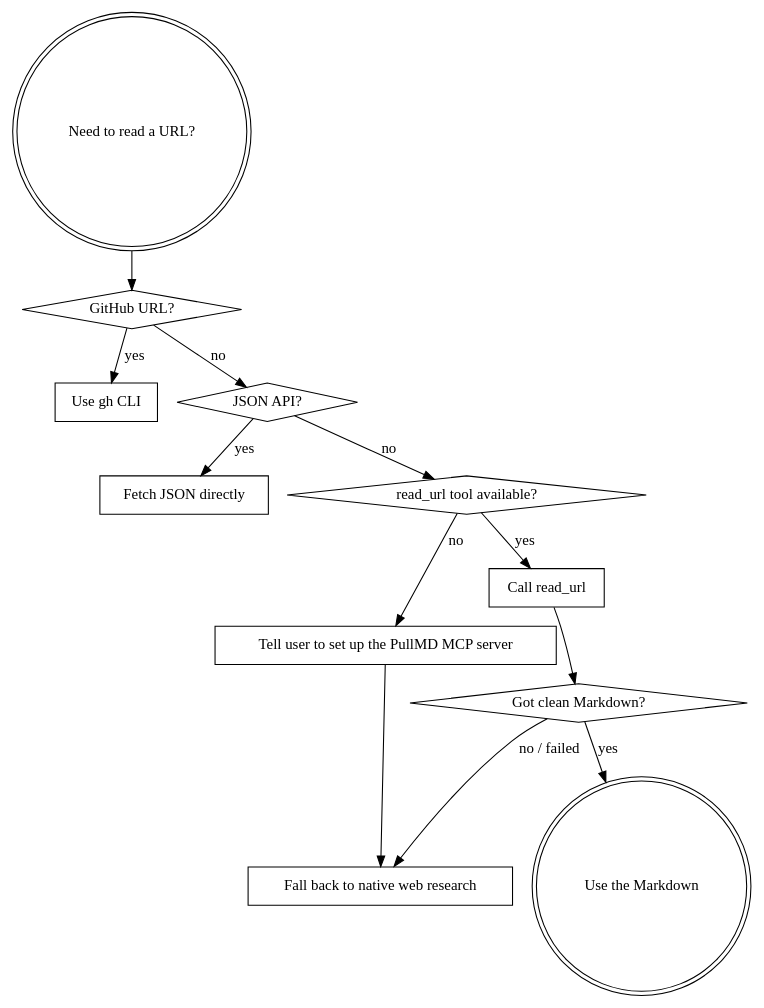
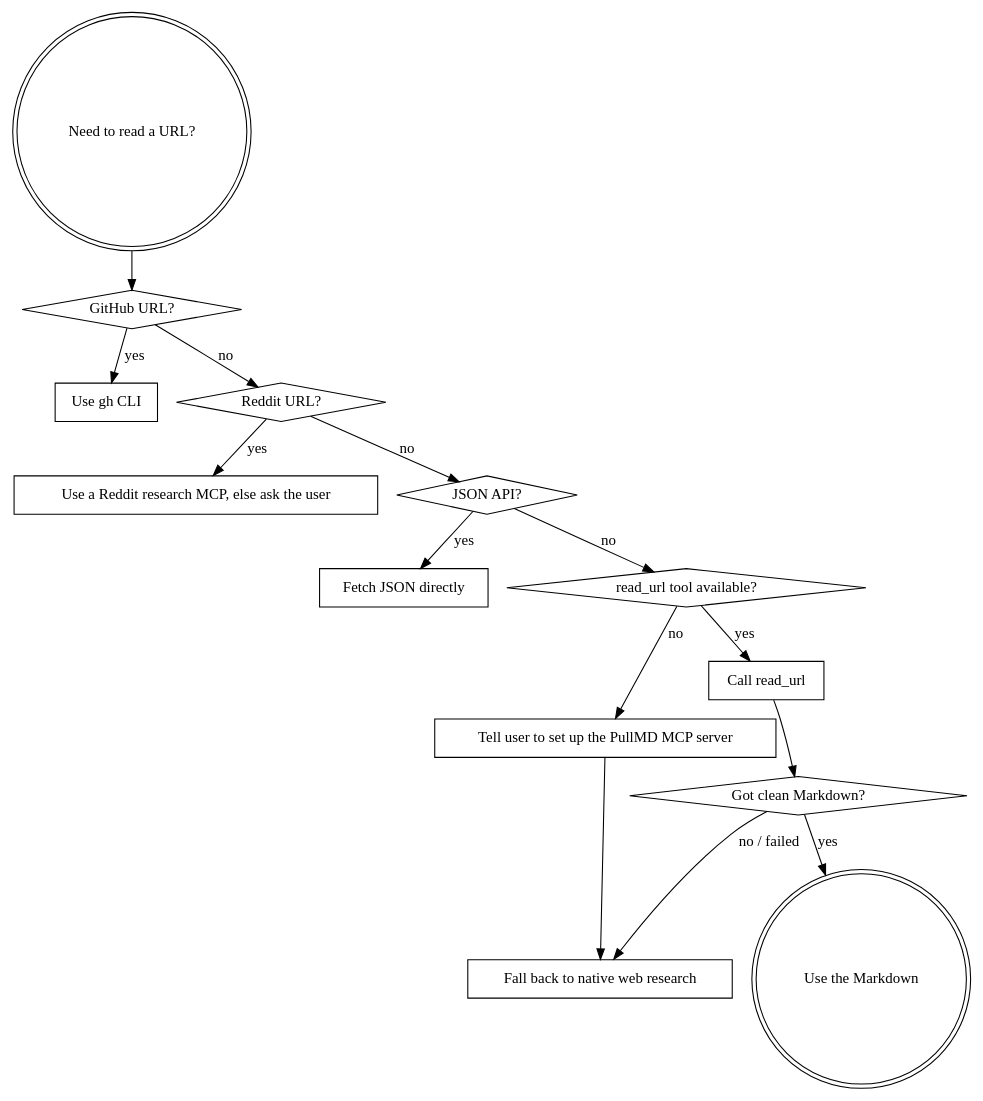
Before and after one commit to it-bens/ai-tools: the diagram in plugins/web-fetching-with-pullmd/skills/fetching-web-with-pullmd/SKILL.md, drawn with Graphviz. The commit also changed other lines of this file and 13 other files, not shown here.

````diff
--- a/plugins/web-fetching-with-pullmd/skills/fetching-web-with-pullmd/SKILL.md
+++ b/plugins/web-fetching-with-pullmd/skills/fetching-web-with-pullmd/SKILL.md
@@ -13,27 +13,31 @@
 ```dot
 digraph pullmd {
     "Need to read a URL?" [shape=doublecircle];
     "GitHub URL?" [shape=diamond];
     "Use gh CLI" [shape=box];
+    "Reddit URL?" [shape=diamond];
+    "Use a Reddit research MCP, else ask the user" [shape=box];
     "JSON API?" [shape=diamond];
     "Fetch JSON directly" [shape=box];
     "read_url tool available?" [shape=diamond];
     "Tell user to set up the PullMD MCP server" [shape=box];
     "Call read_url" [shape=box];
     "Got clean Markdown?" [shape=diamond];
     "Use the Markdown" [shape=doublecircle];
     "Fall back to native web research" [shape=box];
 
     "Need to read a URL?" -> "GitHub URL?";
     "GitHub URL?" -> "Use gh CLI" [label="yes"];
-    "GitHub URL?" -> "JSON API?" [label="no"];
+    "GitHub URL?" -> "Reddit URL?" [label="no"];
+    "Reddit URL?" -> "Use a Reddit research MCP, else ask the user" [label="yes"];
+    "Reddit URL?" -> "JSON API?" [label="no"];
     "JSON API?" -> "Fetch JSON directly" [label="yes"];
     "JSON API?" -> "read_url tool available?" [label="no"];
     "read_url tool available?" -> "Call read_url" [label="yes"];
     "read_url tool available?" -> "Tell user to set up the PullMD MCP server" [label="no"];
     "Tell user to set up the PullMD MCP server" -> "Fall back to native web research";
     "Call read_url" -> "Got clean Markdown?";
     "Got clean Markdown?" -> "Use the Markdown" [label="yes"];
     "Got clean Markdown?" -> "Fall back to native web research" [label="no / failed"];
 }
 ```
````
